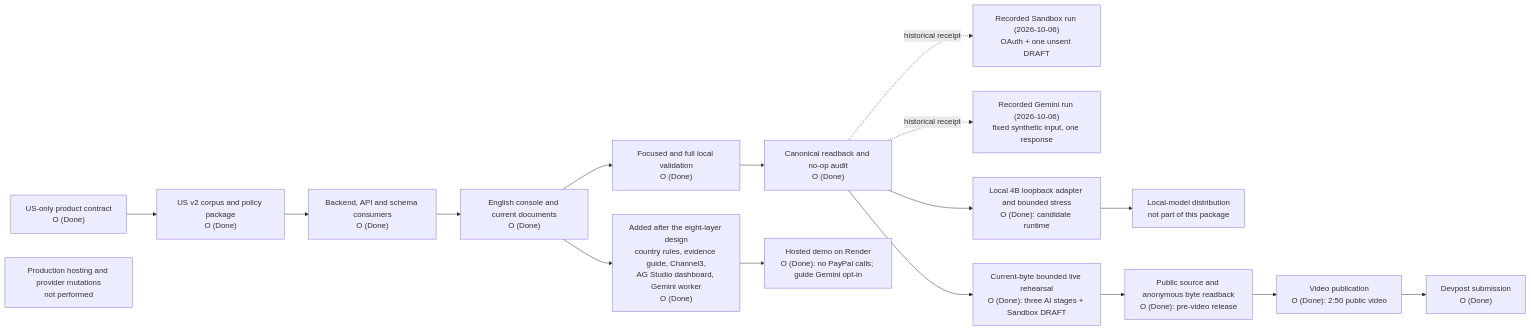
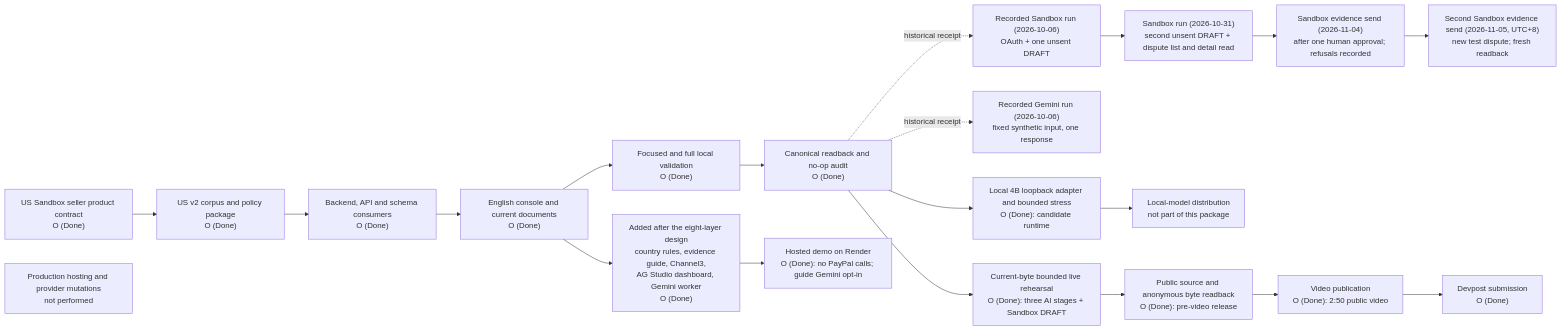
The first of 3 diagrams in docs/decisions/2026Q4/architecture.md (jiarong0423/payguard-ai), drawn with Mermaid before and after one commit. The commit also changed other lines of this file and 55 other files, not shown here.

Commit message:
Final red-team fixes: 90-day reference window, third Sandbox draft receipt, accurate country-rule audit wording, README first screen, consistent ZIP and date wording, redrawn diagrams

````diff
--- a/docs/decisions/2026Q4/architecture.md
+++ b/docs/decisions/2026Q4/architecture.md
@@ -24,20 +24,23 @@
 ```mermaid
 flowchart LR
-  A["US-only product contract<br/>O (Done)"] --> B["US v2 corpus and policy package<br/>O (Done)"]
+  A["US Sandbox seller product contract<br/>O (Done)"] --> B["US v2 corpus and policy package<br/>O (Done)"]
   B --> C["Backend, API and schema consumers<br/>O (Done)"]
   C --> D["English console and current documents<br/>O (Done)"]
   D --> E["Focused and full local validation<br/>O (Done)"]
   E --> F["Canonical readback and no-op audit<br/>O (Done)"]
   F -. historical receipt .-> G["Recorded Sandbox run (2026-10-06)<br/>OAuth + one unsent DRAFT"]
+  G --> SB1["Sandbox run (2026-10-31)<br/>second unsent DRAFT + dispute list and detail read"]
+  SB1 --> SB2["Sandbox evidence send (2026-11-04)<br/>after one human approval; refusals recorded"]
+  SB2 --> SB3["Second Sandbox evidence send (2026-11-05, UTC+8)<br/>new test dispute; fresh readback"]
   F -. historical receipt .-> H["Recorded Gemini run (2026-10-06)<br/>fixed synthetic input, one response"]
   F --> K["Local 4B loopback adapter and bounded stress<br/>O (Done): candidate runtime"]
   K --> L["Local-model distribution<br/>not part of this package"]
   F --> N["Current-byte bounded live rehearsal<br/>O (Done): three AI stages + Sandbox DRAFT"]
   N --> I["Public source and anonymous byte readback<br/>O (Done): pre-video release"]
   I --> M["Video publication<br/>O (Done): 2:50 public video"]
   M --> P["Devpost submission<br/>O (Done)"]
   J["Production hosting and provider mutations<br/>not performed"]
   Q["Hosted demo on Render<br/>O (Done): no PayPal calls; guide Gemini opt-in"]
   D --> R["Added after the eight-layer design<br/>country rules, evidence guide, Channel3,<br/>AG Studio dashboard, Gemini worker<br/>O (Done)"]
   R --> Q
 ```
````
